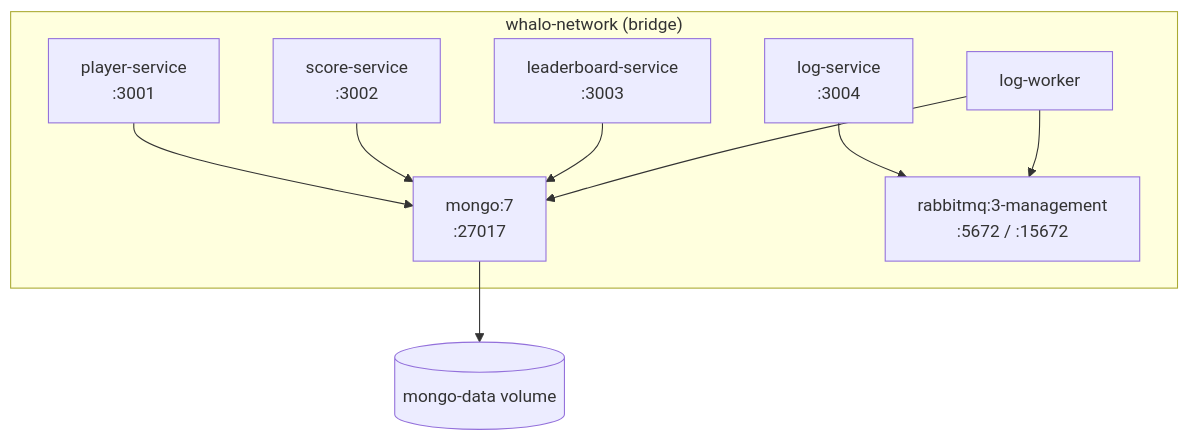
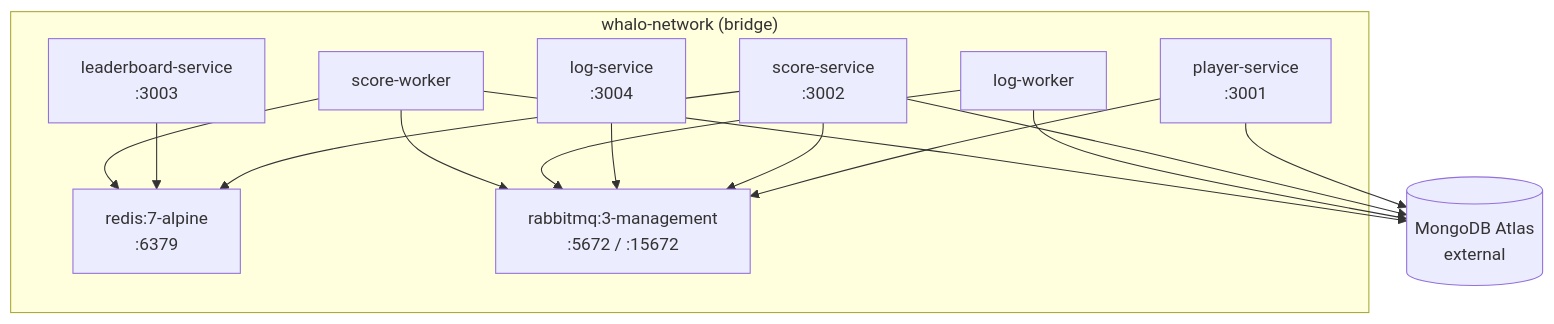
One commit to AmitOfir4/Whalo-Backend-Exam changed the eighth of 8 diagrams in docs/architecture.md. Above: the diagram before and after it, drawn with Mermaid. The commit also changed other lines of this file and 3 other files, not shown here.

````diff
--- a/docs/architecture.md
+++ b/docs/architecture.md
@@ -161,22 +251,28 @@
 ```mermaid
 graph TB
     subgraph DockerNetwork["whalo-network (bridge)"]
-        MONGO[mongo:7<br/>:27017]
+        REDIS[redis:7-alpine<br/>:6379]
         RMQ[rabbitmq:3-management<br/>:5672 / :15672]
         PS[player-service<br/>:3001]
         SS[score-service<br/>:3002]
         LS[leaderboard-service<br/>:3003]
         LGS[log-service<br/>:3004]
         LW[log-worker]
+        SW[score-worker]
     end
 
-    VOL[(mongo-data volume)]
+    ATLAS[(MongoDB Atlas<br/>external)]
 
-    PS --> MONGO
-    SS --> MONGO
-    LS --> MONGO
+    PS --> ATLAS
+    PS --> RMQ
+    SS --> ATLAS
+    SS --> REDIS
+    SS --> RMQ
+    LS --> REDIS
     LGS --> RMQ
-    LW --> MONGO
+    LW --> ATLAS
     LW --> RMQ
-    MONGO --> VOL
+    SW --> ATLAS
+    SW --> REDIS
+    SW --> RMQ
 ```
````
